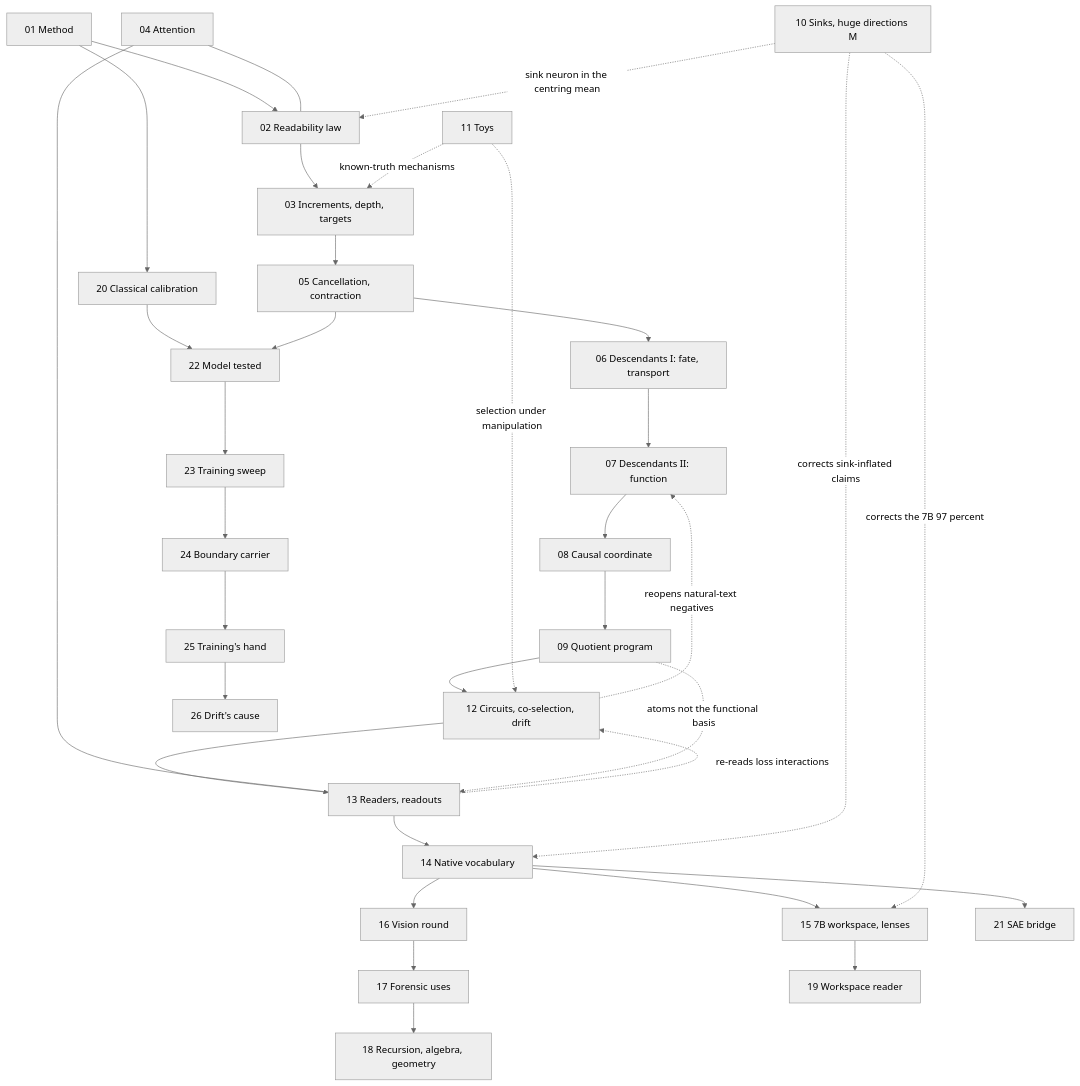
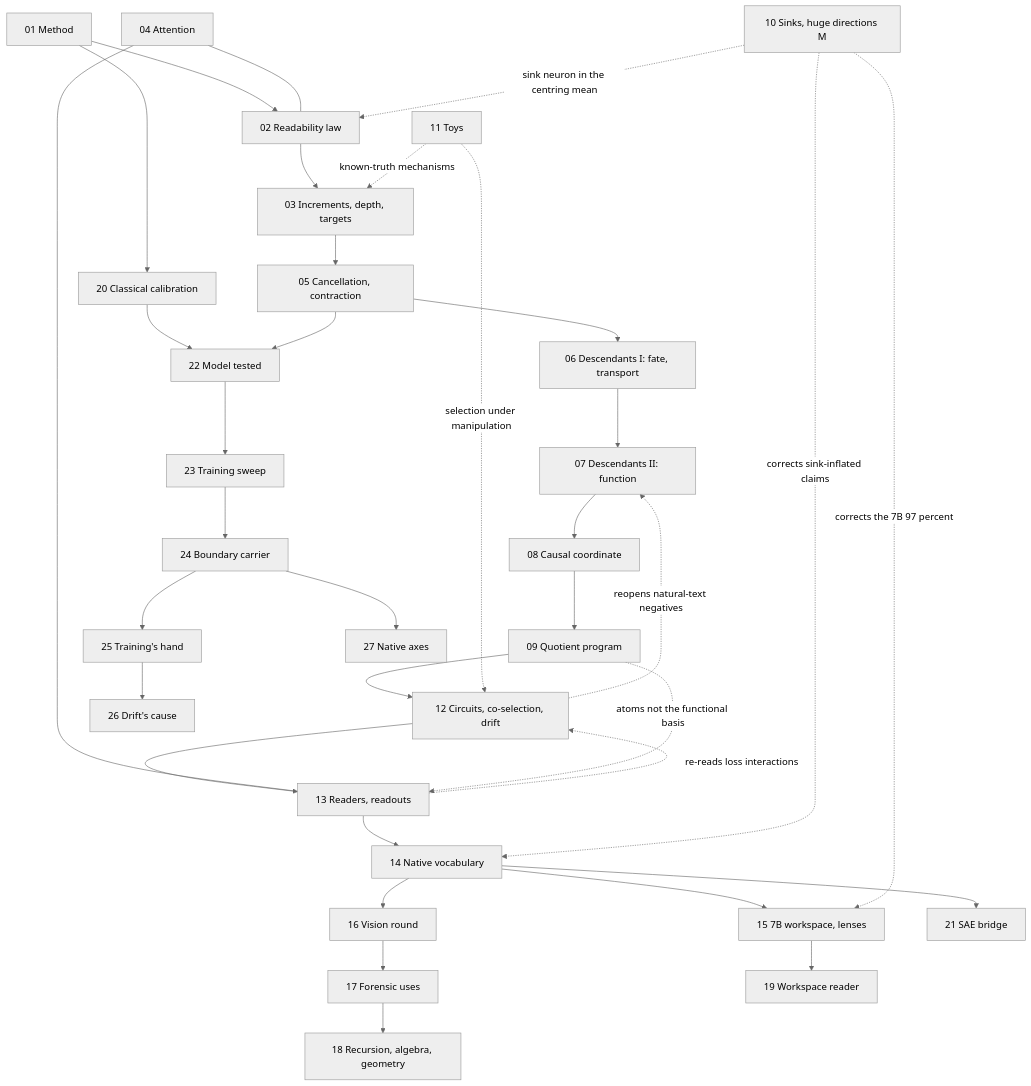
The diagram in README.md (sunmoonron/wdd-descendants), drawn with Mermaid (neutral theme) before and after one commit. The commit also changed other lines of this file and 17 other files, not shown here.

````diff
--- a/README.md
+++ b/README.md
@@ -46,36 +47,37 @@
 ```mermaid
 flowchart TD
   A01["01 Method"] --> A02["02 Readability law"]
   A02 --> A03["03 Increments, depth, targets"]
   A03 --> A05["05 Cancellation, contraction"]
   A05 --> A06["06 Descendants I: fate, transport"]
   A06 --> A07["07 Descendants II: function"]
   A07 --> A08["08 Causal coordinate"]
   A08 --> A09["09 Quotient program"]
   A09 --> A12["12 Circuits, co-selection, drift"]
   A12 --> A13["13 Readers, readouts"]
   A13 --> A14["14 Native vocabulary"]
   A14 --> A15["15 7B workspace, lenses"]
   A14 --> A16["16 Vision round"]
   A16 --> A17["17 Forensic uses"]
   A17 --> A18["18 Recursion, algebra, geometry"]
   A15 --> A19["19 Workspace reader"]
   A01 --> A20["20 Classical calibration"]
   A14 --> A21["21 SAE bridge"]
   A20 --> A22["22 Model tested"]
   A22 --> A23["23 Training sweep"]
   A23 --> A24["24 Boundary carrier"]
   A24 --> A25["25 Training's hand"]
   A25 --> A26["26 Drift's cause"]
+  A24 --> A27["27 Native axes"]
   A05 --> A22
   A04["04 Attention"] --- A02
   A04 --- A13
   A10["10 Sinks, huge directions M"] -.->|sink neuron in the centring mean| A02
   A10 -.->|corrects sink-inflated claims| A14
   A10 -.->|corrects the 7B 97 percent| A15
   A11["11 Toys"] -.->|known-truth mechanisms| A03
   A11 -.->|selection under manipulation| A12
   A12 -.->|reopens natural-text negatives| A07
   A13 -.->|re-reads loss interactions| A12
   A09 -.->|atoms not the functional basis| A13
 ```
````
